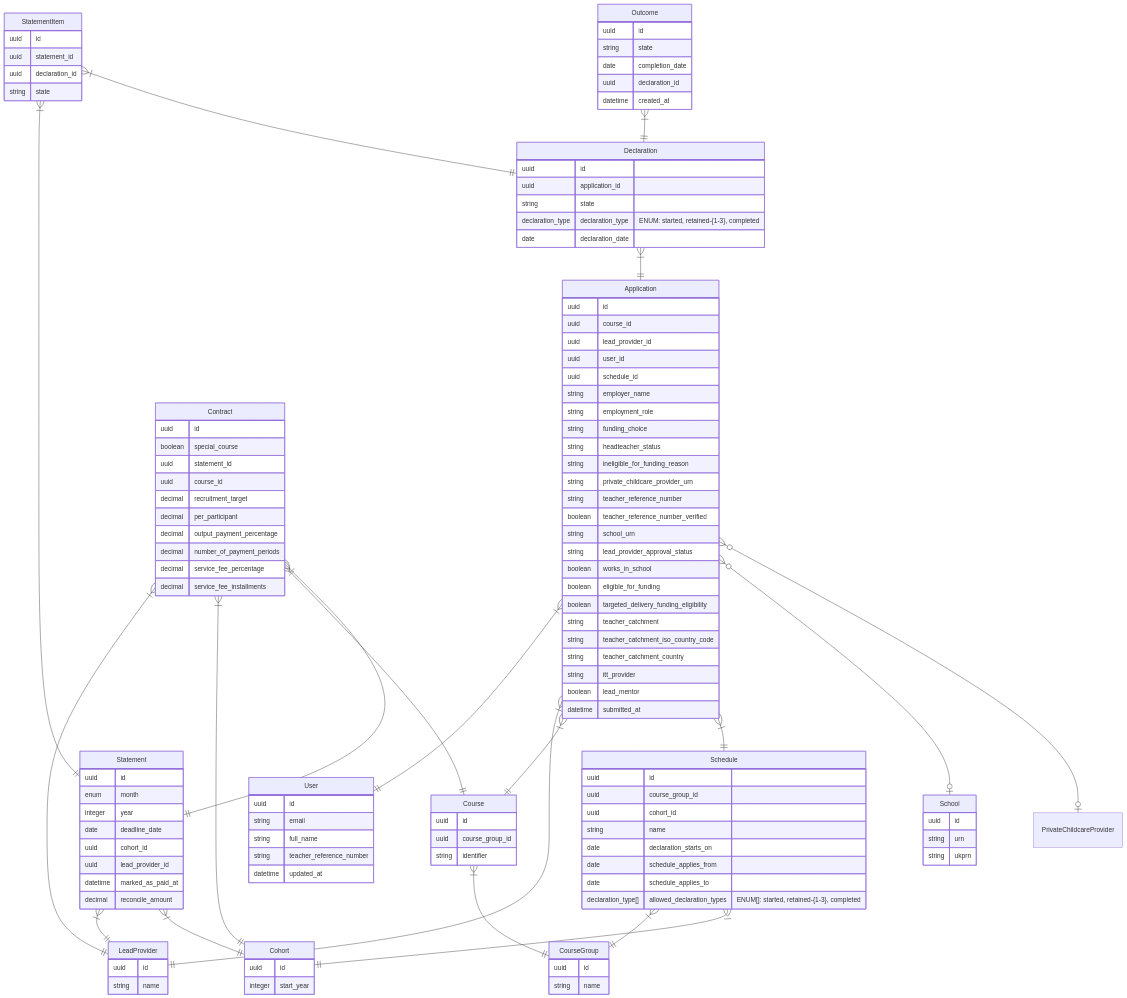
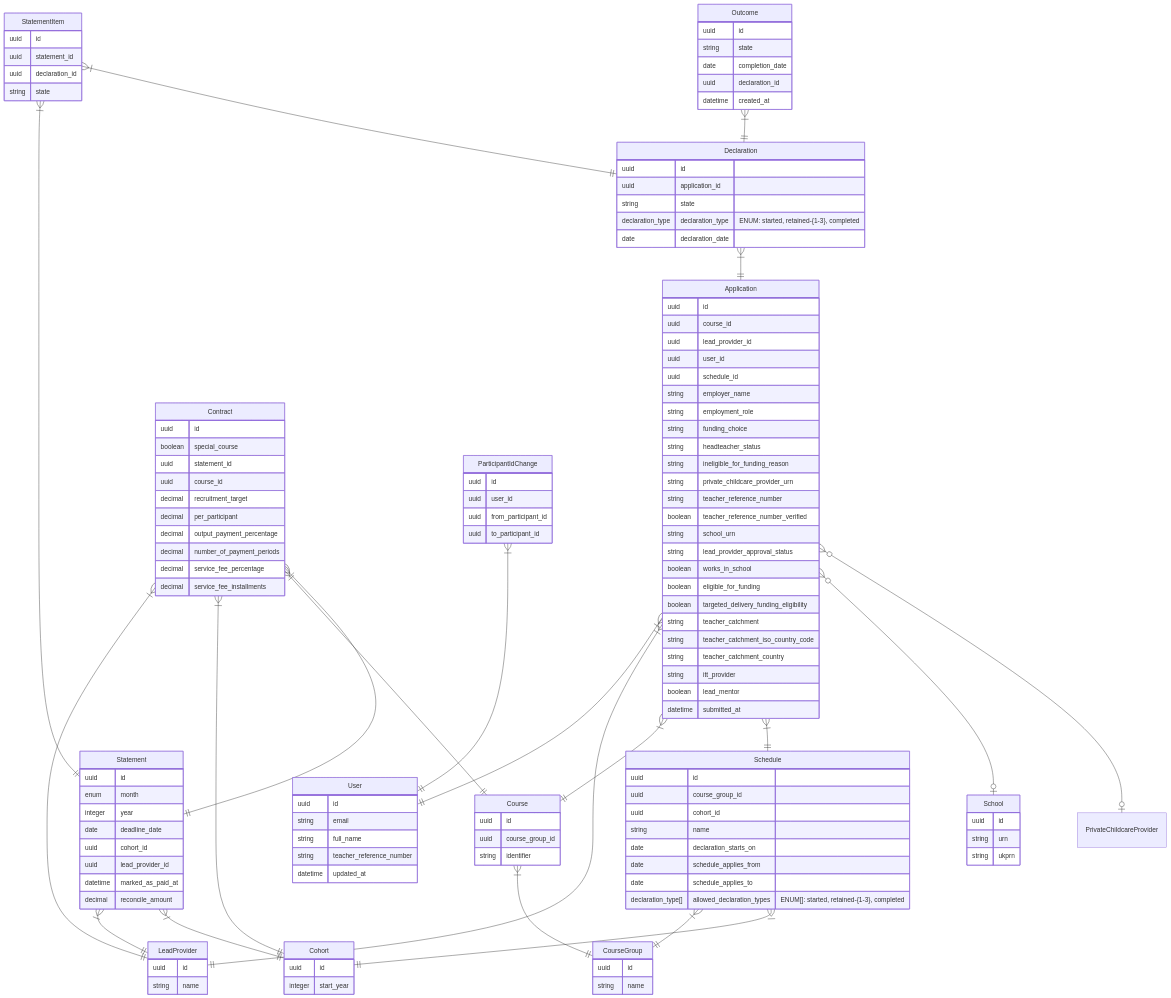
One commit to DFE-Digital/npq-separation changed the second of 4 diagrams in data-modelling.md. Above: the diagram before and after it, drawn with Mermaid.

Commit message:
Add participant id changes table
This will hold any participant id changes for legacy data or new data
when ported over

````diff
--- a/data-modelling.md
+++ b/data-modelling.md
@@ -59,6 +59,9 @@
     Course }|--|| CourseGroup : ""
     Schedule }|--|| CourseGroup : ""
     Schedule }|--|| Cohort : ""
+    
+    ParticipantIdChange }|--|| User : ""
+
 
     User {
         uuid id
@@ -180,4 +183,12 @@
         date schedule_applies_to
         declaration_type[] allowed_declaration_types "ENUM[]: started, retained-{1-3}, completed"
     }
+
+    ParticipantIdChange {
+        uuid id
+        uuid user_id
+        uuid from_participant_id
+        uuid to_participant_id
+    }
+
 ```
````
